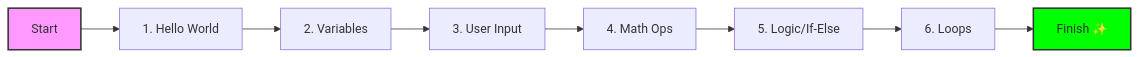
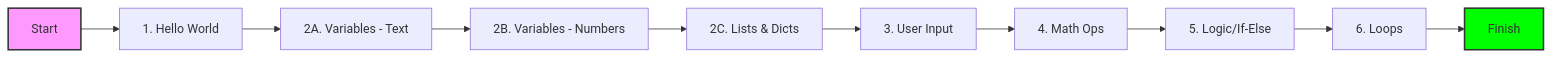
One commit to ForbSpace-Inc/bc01 changed the diagram in session1/sectional_codes/introduction.md. Above: the diagram before and after it, drawn with Mermaid. The commit also changed other lines of this file and 12 other files, not shown here.

````diff
--- a/session1/sectional_codes/introduction.md
+++ b/session1/sectional_codes/introduction.md
@@ -25,13 +25,15 @@
 ```mermaid
 graph LR
     A[Start] --> B[1. Hello World]
-    B --> C[2. Variables]
-    C --> D[3. User Input]
+    B --> C1[2A. Variables - Text]
+    C1 --> C2[2B. Variables - Numbers]
+    C2 --> C3[2C. Lists & Dicts]
+    C3 --> D[3. User Input]
     D --> E[4. Math Ops]
     E --> F[5. Logic/If-Else]
     F --> G[6. Loops]
-    G --> H[Finish ✨]
+    G --> H[Finish]
     
     style A fill:#f9f,stroke:#333,stroke-width:2px
     style H fill:#00ff00,stroke:#333,stroke-width:2px
 ```
````
